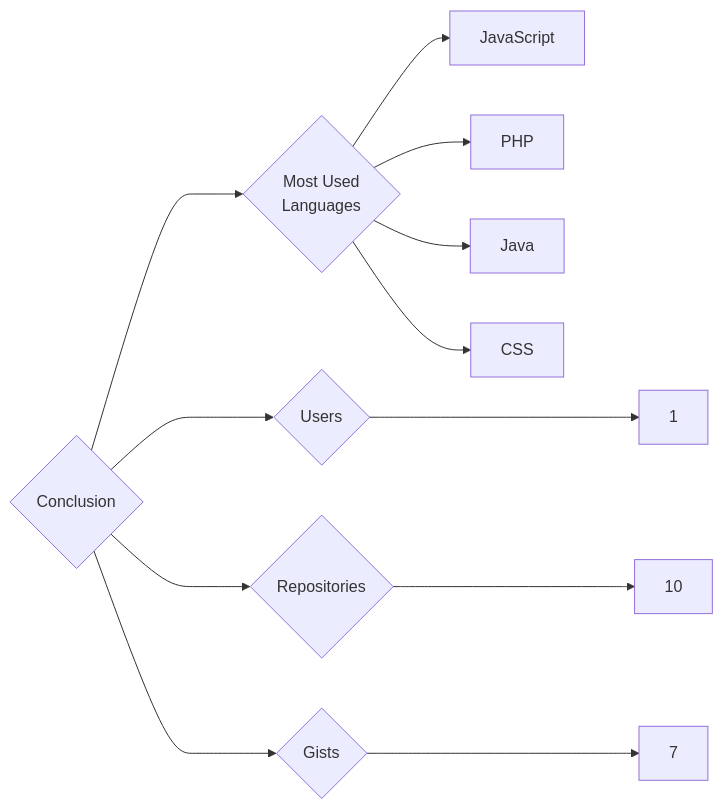
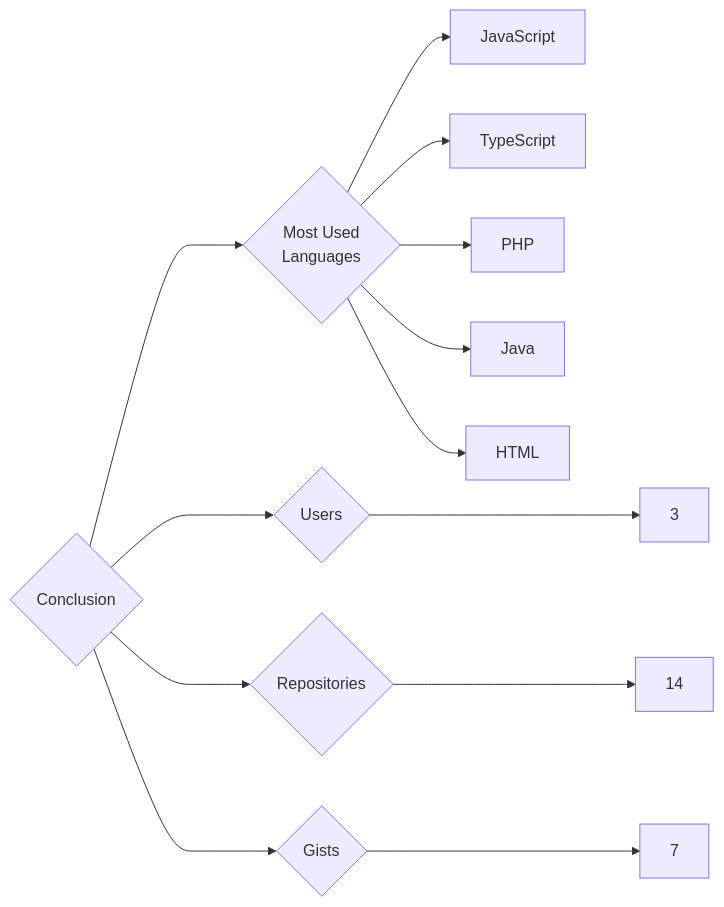
The diagram in targets/Conclusion/README.md (trickest/insiders), drawn with Mermaid before and after one commit. The commit also changed 895 other files, not shown here.

````diff
--- a/targets/Conclusion/README.md
+++ b/targets/Conclusion/README.md
@@ -3,12 +3,13 @@
 ```mermaid
 graph LR
 COMPANY_NAME{Conclusion}
-COMPANY_NAME ---> U{Users} ---> UN[1]
-COMPANY_NAME ---> R{Repositories} ---> RN[10]
+COMPANY_NAME ---> U{Users} ---> UN[3]
+COMPANY_NAME ---> R{Repositories} ---> RN[14]
 COMPANY_NAME ---> G{Gists} ---> GN[7]
 COMPANY_NAME ---> ML{Most Used<br>Languages}
 ML --> JavaScript[JavaScript]
+ML --> TypeScript[TypeScript]
 ML --> PHP[PHP]
 ML --> Java[Java]
-ML --> CSS[CSS]
+ML --> HTML[HTML]
 ```
````
